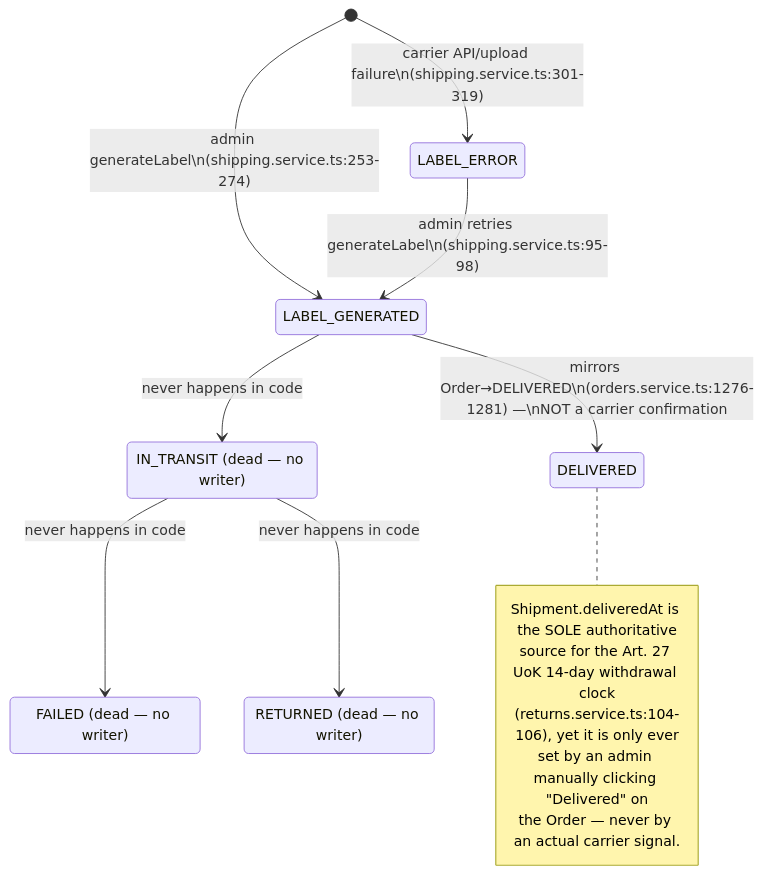
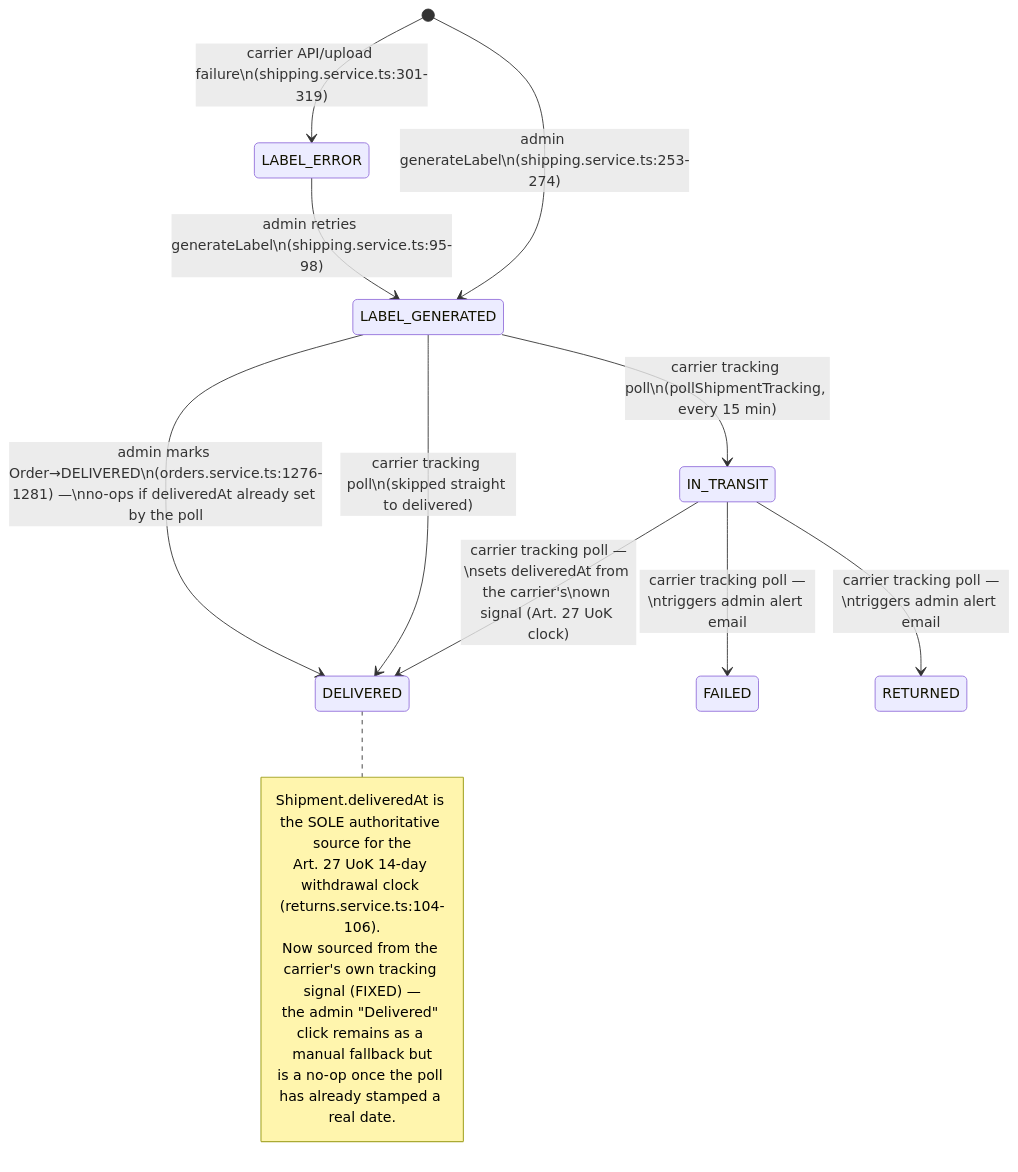
One commit to Stasiek99/e-commerce_ob_1 changed the third of 9 diagrams in docs/business-process-model.md. Above: the diagram before and after it, drawn with Mermaid. The commit also changed other lines of this file and 18 other files, not shown here.

First line of the commit message:
feat(shipping): poll carrier APIs for real shipment tracking status

````diff
--- a/docs/business-process-model.md
+++ b/docs/business-process-model.md
@@ -154,22 +175,20 @@
 ```mermaid
 stateDiagram-v2
     [*] --> LABEL_GENERATED: admin generateLabel\n(shipping.service.ts:253-274)
     [*] --> LABEL_ERROR: carrier API/upload failure\n(shipping.service.ts:301-319)
     LABEL_ERROR --> LABEL_GENERATED: admin retries generateLabel\n(shipping.service.ts:95-98)
-    LABEL_GENERATED --> DELIVERED: mirrors Order→DELIVERED\n(orders.service.ts:1276-1281) —\nNOT a carrier confirmation
-
-    state "IN_TRANSIT (dead — no writer)" as IN_TRANSIT
-    state "FAILED (dead — no writer)" as FAILED
-    state "RETURNED (dead — no writer)" as RETURNED
-    LABEL_GENERATED --> IN_TRANSIT: never happens in code
-    IN_TRANSIT --> FAILED: never happens in code
-    IN_TRANSIT --> RETURNED: never happens in code
+    LABEL_GENERATED --> IN_TRANSIT: carrier tracking poll\n(pollShipmentTracking, every 15 min)
+    IN_TRANSIT --> DELIVERED: carrier tracking poll —\nsets deliveredAt from the carrier's\nown signal (Art. 27 UoK clock)
+    LABEL_GENERATED --> DELIVERED: carrier tracking poll\n(skipped straight to delivered)
+    IN_TRANSIT --> FAILED: carrier tracking poll —\ntriggers admin alert email
+    IN_TRANSIT --> RETURNED: carrier tracking poll —\ntriggers admin alert email
+    LABEL_GENERATED --> DELIVERED: admin marks Order→DELIVERED\n(orders.service.ts:1276-1281) —\nno-ops if deliveredAt already set by the poll
 
     note right of DELIVERED
-      Shipment.deliveredAt is the SOLE authoritative
-      source for the Art. 27 UoK 14-day withdrawal clock
-      (returns.service.ts:104-106), yet it is only ever
-      set by an admin manually clicking "Delivered" on
-      the Order — never by an actual carrier signal.
+      Shipment.deliveredAt is the SOLE authoritative source for the
+      Art. 27 UoK 14-day withdrawal clock (returns.service.ts:104-106).
+      Now sourced from the carrier's own tracking signal (FIXED) —
+      the admin "Delivered" click remains as a manual fallback but
+      is a no-op once the poll has already stamped a real date.
     end note
 ```
````
